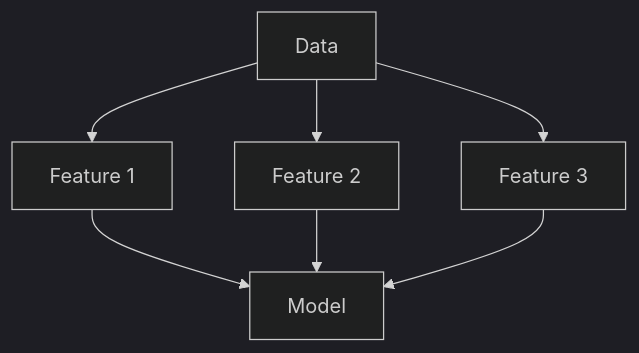
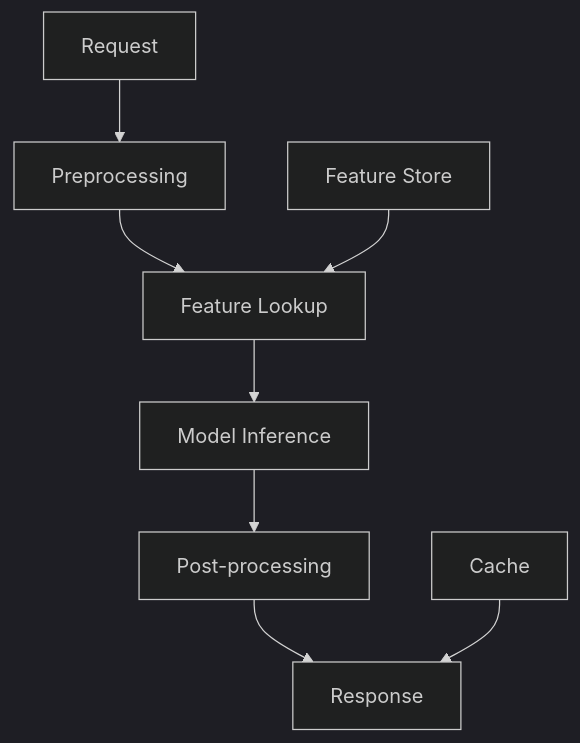
One commit to vanos001/placement_prep changed the second of 2 diagrams in src/ml/system-design/pipeline.md. Above: the diagram before and after it, drawn with Mermaid (dark theme). The commit also changed other lines of this file and 14 other files, not shown here.

````diff
--- a/src/ml/system-design/pipeline.md
+++ b/src/ml/system-design/pipeline.md
@@ -79,9 +25,10 @@
 ```mermaid
-graph TB
-    A[Data] --> B[Feature 1]
-    A --> C[Feature 2]
-    A --> D[Feature 3]
-    B --> E[Model]
-    C --> E
-    D --> E
+graph TD
+    A[Request] --> B[Preprocessing]
+    B --> C[Feature Lookup]
+    C --> D[Model Inference]
+    D --> E[Post-processing]
+    E --> F[Response]
+    G[Feature Store] --> C
+    H[Cache] --> F
 ```
````
